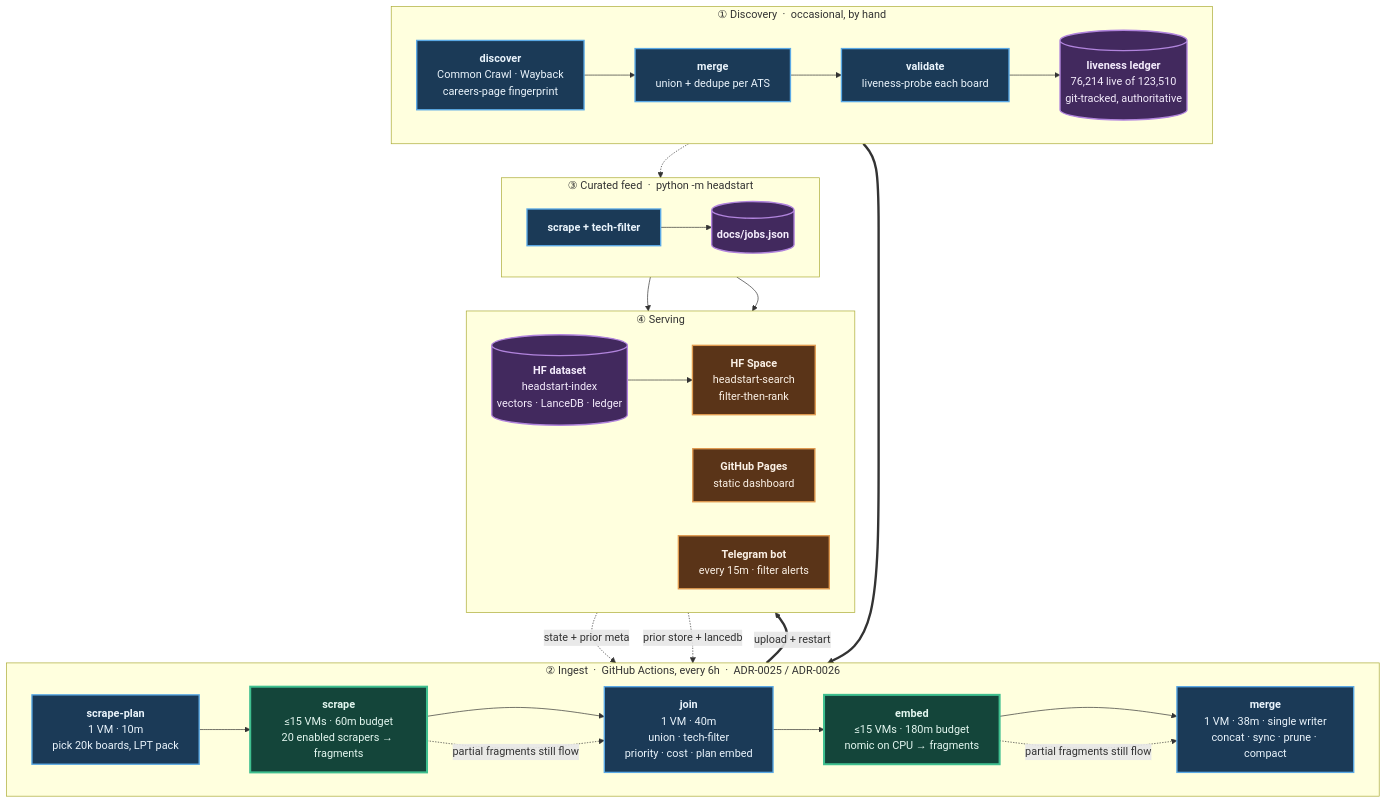
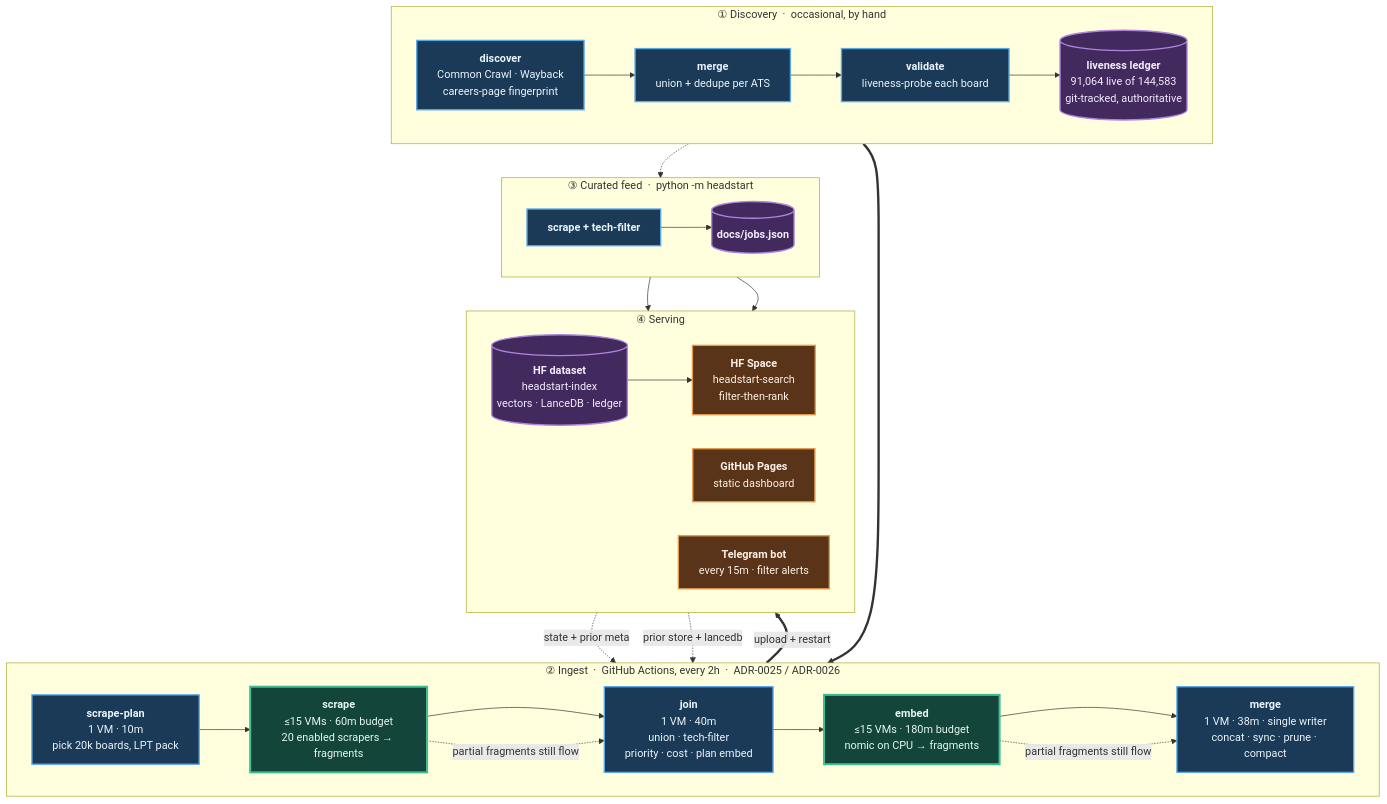
The diagram in README.md (sarthakjain004/headstart), drawn with Mermaid before and after one commit. The commit also changed other lines of this file and 6 other files, not shown here.

````diff
--- a/README.md
+++ b/README.md
@@ -35,56 +35,56 @@
 ```mermaid
 flowchart TB
     subgraph D["① Discovery &nbsp;·&nbsp; occasional, by hand"]
         direction LR
         D1["<b>discover</b><br/>Common Crawl · Wayback<br/>careers-page fingerprint"]
         D2["<b>merge</b><br/>union + dedupe per ATS"]
         D3["<b>validate</b><br/>liveness-probe each board"]
-        D4[("<b>liveness ledger</b><br/>76,214 live of 123,510<br/>git-tracked, authoritative")]
+        D4[("<b>liveness ledger</b><br/>91,064 live of 144,583<br/>git-tracked, authoritative")]
         D1 --> D2 --> D3 --> D4
     end
 
-    subgraph P["② Ingest &nbsp;·&nbsp; GitHub Actions, every 6h &nbsp;·&nbsp; ADR-0025 / ADR-0026"]
+    subgraph P["② Ingest &nbsp;·&nbsp; GitHub Actions, every 2h &nbsp;·&nbsp; ADR-0025 / ADR-0026"]
         direction LR
         P1["<b>scrape-plan</b><br/>1 VM · 10m<br/>pick 20k boards, LPT pack"]
         P2["<b>scrape</b><br/>≤15 VMs · 60m budget<br/>20 enabled scrapers → fragments"]
         P3["<b>join</b><br/>1 VM · 40m<br/>union · tech-filter<br/>priority · cost · plan embed"]
         P4["<b>embed</b><br/>≤15 VMs · 180m budget<br/>nomic on CPU → fragments"]
         P5["<b>merge</b><br/>1 VM · 38m · single writer<br/>concat · sync · prune · compact"]
         P1 --> P2 --> P3 --> P4 --> P5
     end
 
     subgraph F["③ Curated feed &nbsp;·&nbsp; python -m headstart"]
         direction LR
         F1["<b>scrape + tech-filter</b>"]
         F2[("<b>docs/jobs.json</b>")]
         F1 --> F2
     end
 
     subgraph S["④ Serving"]
         direction LR
         S1[("<b>HF dataset</b><br/>headstart-index<br/>vectors · LanceDB · ledger")]
         S2["<b>HF Space</b><br/>headstart-search<br/>filter-then-rank"]
         S3["<b>GitHub Pages</b><br/>static dashboard"]
         S4["<b>Telegram bot</b><br/>every 15m · filter alerts"]
         S1 --> S2
     end
 
     D4 ==> P1
     S1 -. "state + prior meta" .-> P1
     S1 -. "prior store + lancedb" .-> P5
     D4 -.-> F1
     P5 ==>|"upload + restart"| S1
     F2 --> S3
     F2 --> S4
     P2 -. "partial fragments still flow" .-> P3
     P4 -. "partial fragments still flow" .-> P5
 
     classDef serial fill:#1b3a57,stroke:#5aa9e6,stroke-width:2px,color:#eaf4fc
     classDef fan fill:#14453a,stroke:#3fbf8f,stroke-width:3px,color:#e4f7f0
     classDef store fill:#42295e,stroke:#b184dd,stroke-width:2px,color:#f4ecfc
     classDef serve fill:#5a3418,stroke:#e09a4f,stroke-width:2px,color:#fbf1e6
     class D1,D2,D3,P1,P3,P5,F1 serial
     class P2,P4 fan
     class D4,F2,S1 store
     class S2,S3,S4 serve
 ```
````
